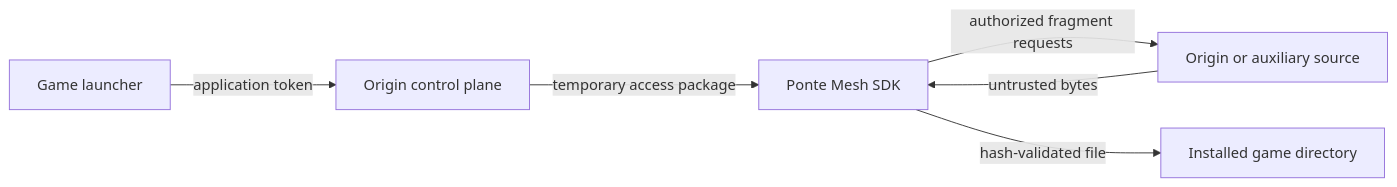
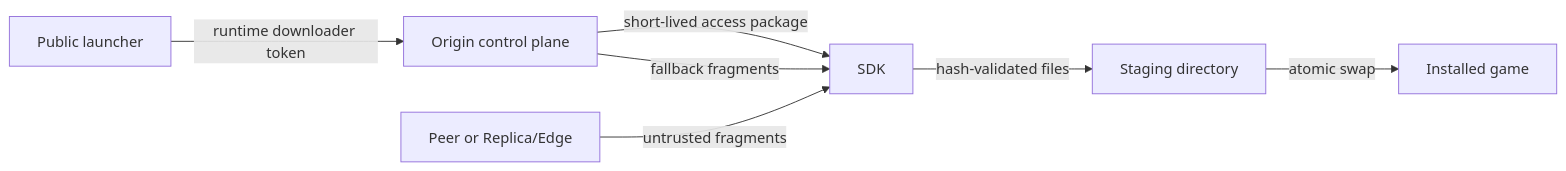
Before and after one commit to fhfelipefh/pontemesh-game-launcher-example: the second of 3 diagrams in docs/HOW_IT_WORKS.md, drawn with Mermaid. The commit also changed other lines of this file and 13 other files, not shown here.

First line of the commit message:
Example 0.2.0: production-style game updater flow (#1)

````diff
--- a/docs/HOW_IT_WORKS.md
+++ b/docs/HOW_IT_WORKS.md
@@ -60,8 +49,9 @@
 ```mermaid
 flowchart LR
-    L[Game launcher] -->|application token| O[Origin control plane]
-    O -->|temporary access package| S[Ponte Mesh SDK]
-    S -->|authorized fragment requests| D[Origin or auxiliary source]
-    D -->|untrusted bytes| S
-    S -->|hash-validated file| G[Installed game directory]
+    L[Public launcher] -->|runtime downloader token| O[Origin control plane]
+    O -->|short-lived access package| S[SDK]
+    P[Peer or Replica/Edge] -->|untrusted fragments| S
+    O -->|fallback fragments| S
+    S -->|hash-validated files| T[Staging directory]
+    T -->|atomic swap| G[Installed game]
 ```
````
